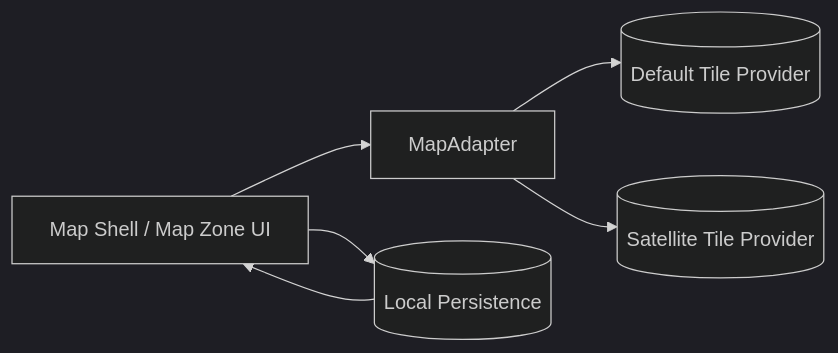
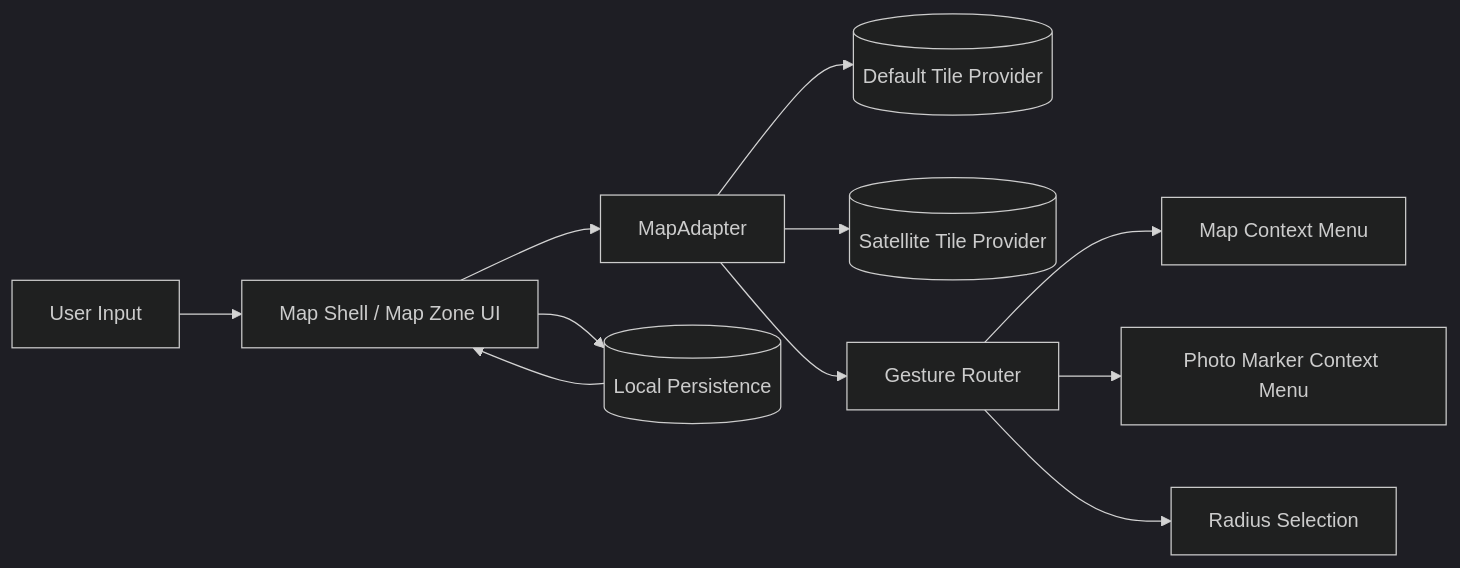
Before and after one commit to matkleve/feldpost: the first of 2 diagrams in docs/element-specs/map-zone.md, drawn with Mermaid (dark theme). The commit also changed other lines of this file and 43 other files, not shown here.

````diff
--- a/docs/element-specs/map-zone.md
+++ b/docs/element-specs/map-zone.md
@@ -47,8 +47,13 @@
 ```mermaid
 flowchart LR
-  UI[Map Shell / Map Zone UI] --> MA[MapAdapter]
+  U[User Input] --> UI[Map Shell / Map Zone UI]
+  UI --> MA[MapAdapter]
   MA --> TP1[(Default Tile Provider)]
   MA --> TP2[(Satellite Tile Provider)]
+  MA --> GR[Gesture Router]
+  GR --> MCM[Map Context Menu]
+  GR --> PMCM[Photo Marker Context Menu]
+  GR --> RS[Radius Selection]
   UI --> LS[(Local Persistence)]
   LS --> UI
 ```
````
